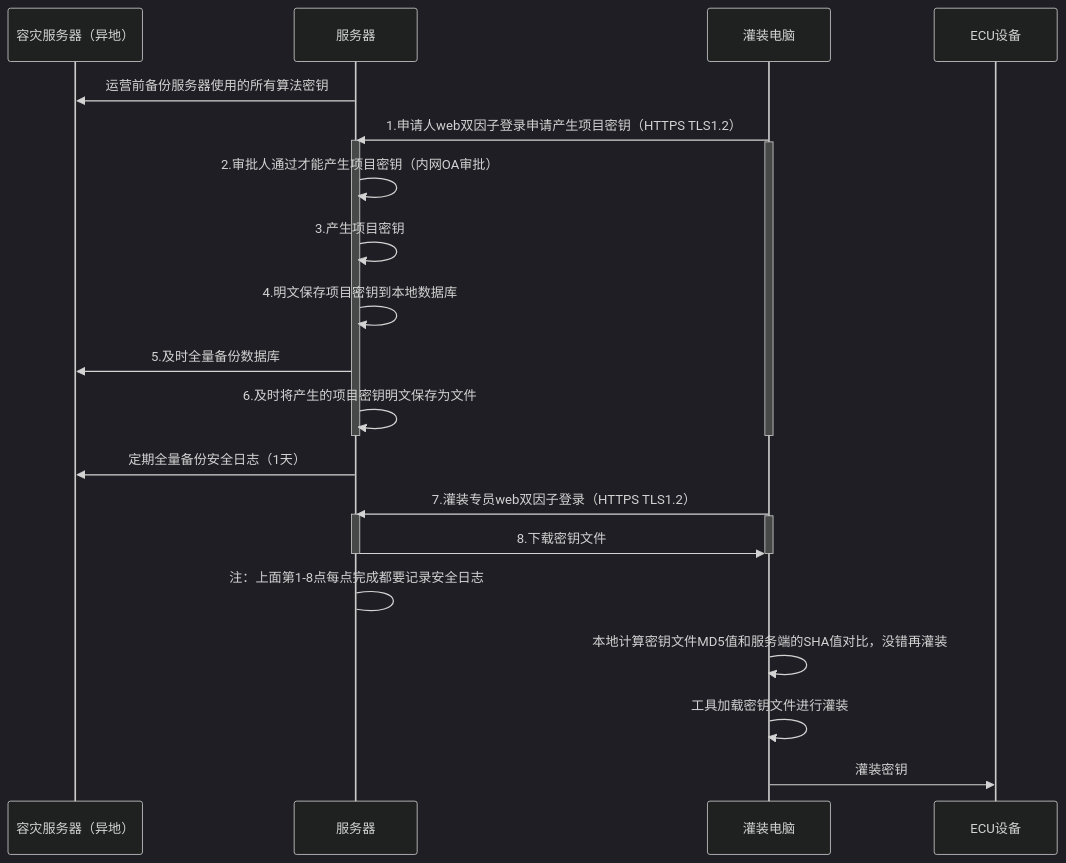
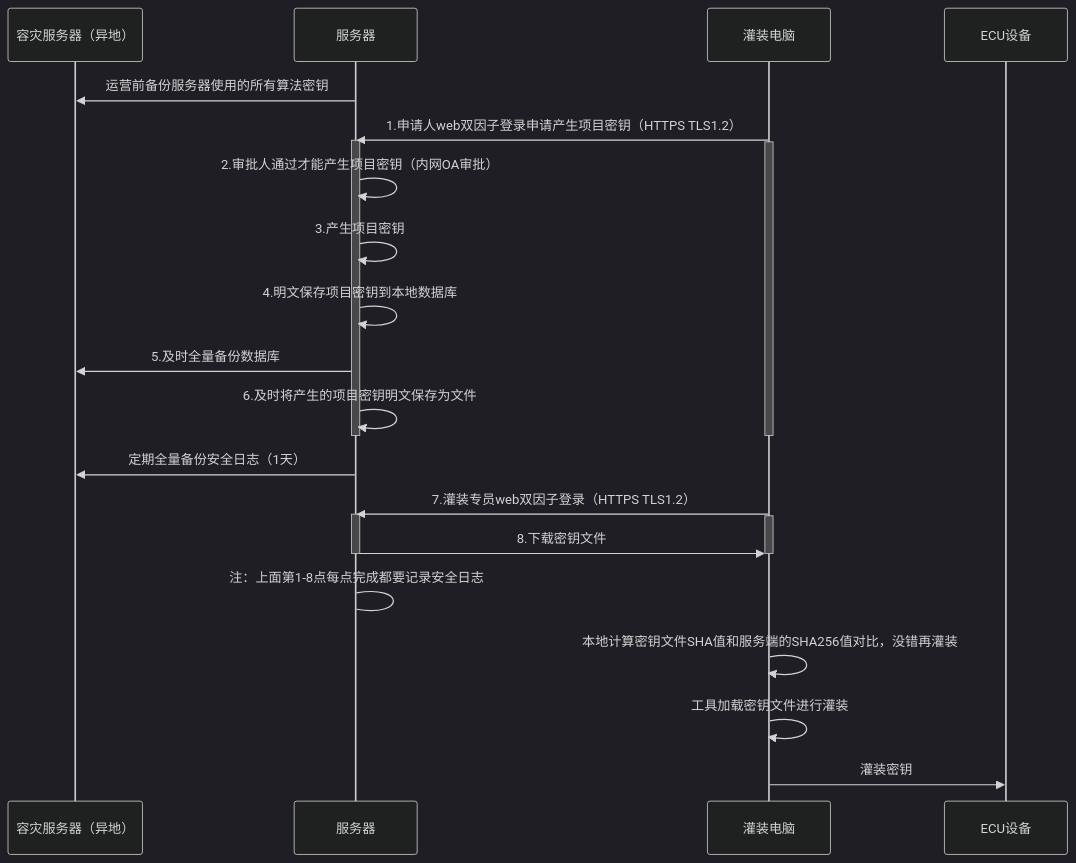
The diagram in all/未命名-18.md (facebook-cloud/iodraw-files), drawn with Mermaid (dark theme) before and after one commit.

Commit message:
2026-03-13 11:41:21 update

````diff
--- a/all/未命名-18.md
+++ b/all/未命名-18.md
@@ -1,34 +1,34 @@
 ```mermaid
 sequenceDiagram
     participant A as 容灾服务器（异地）
     participant B as 服务器
     participant D as 灌装电脑
     participant E as ECU设备
 
     B->>A: 运营前备份服务器使用的所有算法密钥
     D->>B: 1.申请人web双因子登录申请产生项目密钥（HTTPS TLS1.2）
     activate B
     activate D
     B->>B: 2.审批人通过才能产生项目密钥（内网OA审批）
     B->>B: 3.产生项目密钥
     B->>B: 4.明文保存项目密钥到本地数据库
     B->>A: 5.及时全量备份数据库
     B->>B: 6.及时将产生的项目密钥明文保存为文件
     deactivate B
     deactivate D
 
     B->>A: 定期全量备份安全日志（1天）
     
     D->>B: 7.灌装专员web双因子登录（HTTPS TLS1.2）
     activate B
     activate D
     B->>D: 8.下载密钥文件
     deactivate B
     deactivate D
     B->B: 注：上面第1-8点每点完成都要记录安全日志
 
-    D->>D:本地计算密钥文件MD5值和服务端的SHA值对比，没错再灌装
+    D->>D:本地计算密钥文件SHA值和服务端的SHA256值对比，没错再灌装
     D->>D:工具加载密钥文件进行灌装
     
     D->>E: 灌装密钥
 ```
````
